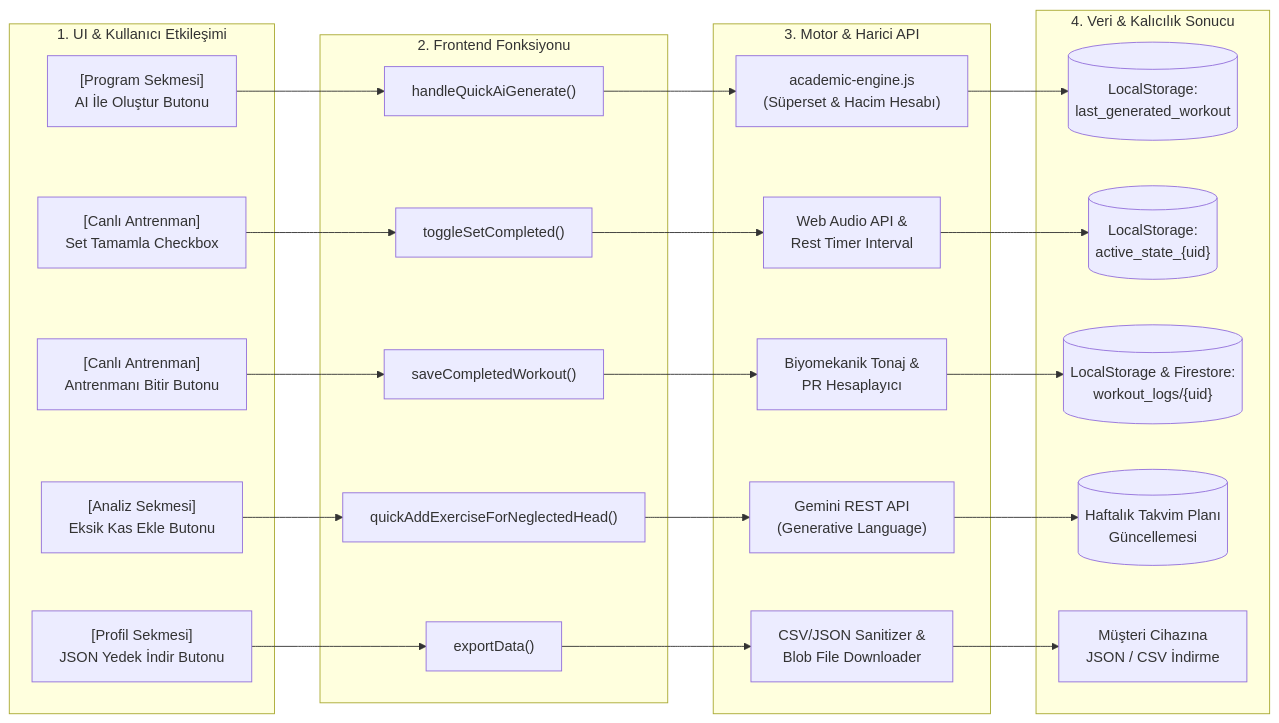
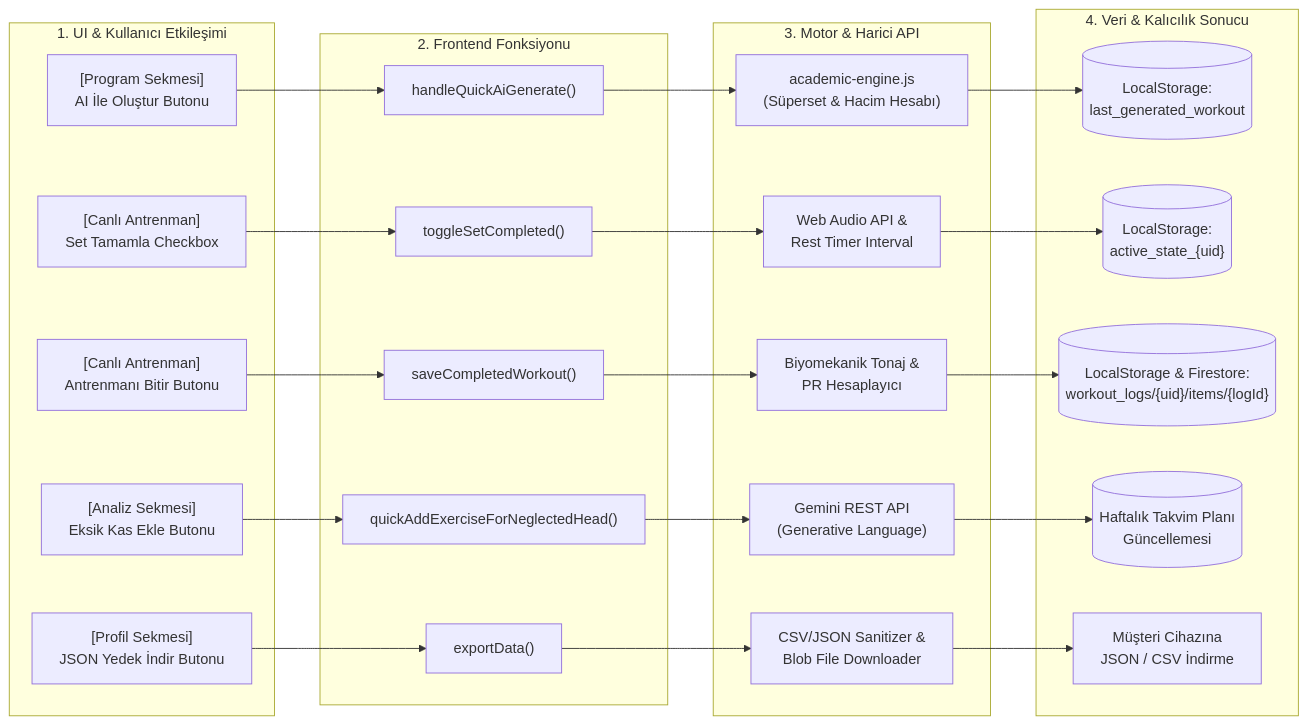
Before and after one commit to feritkantarci/fitness: the second of 4 diagrams in docs/APP_FLOW.md, drawn with Mermaid. The commit also changed other lines of this file and 19 other files, not shown here.

````diff
--- a/docs/APP_FLOW.md
+++ b/docs/APP_FLOW.md
@@ -142,40 +142,40 @@
 ```mermaid
 flowchart LR
     subgraph UI_Katmani["1. UI & Kullanıcı Etkileşimi"]
         UI_Btn1["[Program Sekmesi]<br/>AI İle Oluştur Butonu"]
         UI_Btn2["[Canlı Antrenman]<br/>Set Tamamla Checkbox"]
         UI_Btn3["[Canlı Antrenman]<br/>Antrenmanı Bitir Butonu"]
         UI_Btn4["[Analiz Sekmesi]<br/>Eksik Kas Ekle Butonu"]
         UI_Btn5["[Profil Sekmesi]<br/>JSON Yedek İndir Butonu"]
     end
 
     subgraph Fonksiyon_Katmani["2. Frontend Fonksiyonu"]
         FN_Gen["handleQuickAiGenerate()"]
         FN_Set["toggleSetCompleted()"]
         FN_Finish["saveCompletedWorkout()"]
         FN_AddEx["quickAddExerciseForNeglectedHead()"]
         FN_Export["exportData()"]
     end
 
     subgraph Servis_Katmani["3. Motor & Harici API"]
         SRV_Biom["academic-engine.js<br/>(Süperset & Hacim Hesabı)"]
         SRV_Audio["Web Audio API &<br/>Rest Timer Interval"]
         SRV_Metric["Biyomekanik Tonaj &<br/>PR Hesaplayıcı"]
         SRV_Gemini["Gemini REST API<br/>(Generative Language)"]
         SRV_Sanitize["CSV/JSON Sanitizer &<br/>Blob File Downloader"]
     end
 
     subgraph Veri_Katmani["4. Veri & Kalıcılık Sonucu"]
         DB_GenWk[("LocalStorage:<br/>last_generated_workout")]
         DB_ActState[("LocalStorage:<br/>active_state_{uid}")]
-        DB_History[("LocalStorage & Firestore:<br/>workout_logs/{uid}")]
+        DB_History[("LocalStorage & Firestore:<br/>workout_logs/{uid}/items/{logId}")]
         DB_Sched[("Haftalık Takvim Planı<br/>Güncellemesi")]
         DB_File["Müşteri Cihazına<br/>JSON / CSV İndirme"]
     end
 
     UI_Btn1 --> FN_Gen --> SRV_Biom --> DB_GenWk
     UI_Btn2 --> FN_Set --> SRV_Audio --> DB_ActState
     UI_Btn3 --> FN_Finish --> SRV_Metric --> DB_History
     UI_Btn4 --> FN_AddEx --> SRV_Gemini --> DB_Sched
     UI_Btn5 --> FN_Export --> SRV_Sanitize --> DB_File
 ```
````
